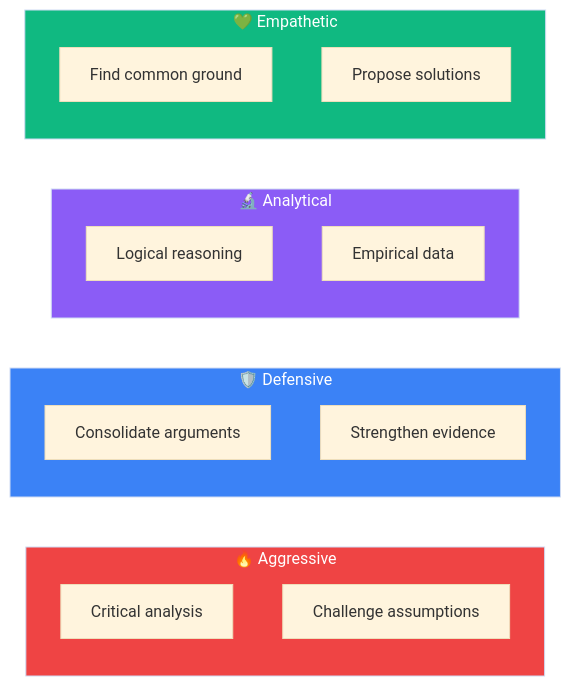
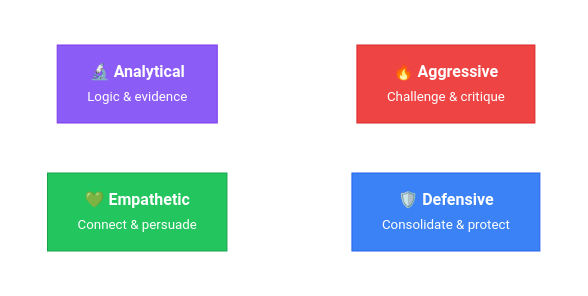
The third of 5 diagrams in README.md (AluminumShark/Social-Debate-AI), drawn with Mermaid before and after one commit. The commit also changed other lines of this file, not shown here.

First line of the commit message:
style(docs): redesign README Mermaid diagrams for better aesthetics

````diff
--- a/README.md
+++ b/README.md
@@ -170,28 +127,22 @@
 ```mermaid
 %%{init: {'theme': 'base'}}%%
-graph LR
-    subgraph S1["🔥 Aggressive"]
-        A1["Critical analysis"]
-        A2["Challenge assumptions"]
+graph TB
+    subgraph row1[" "]
+        direction LR
+        A["🔥 <b>Aggressive</b><br/><small>Challenge & critique</small>"]
+        B["🛡️ <b>Defensive</b><br/><small>Consolidate & protect</small>"]
     end
     
-    subgraph S2["🛡️ Defensive"]
-        B1["Consolidate arguments"]
-        B2["Strengthen evidence"]
-    end
-    
-    subgraph S3["🔬 Analytical"]
-        C1["Logical reasoning"]
-        C2["Empirical data"]
-    end
-    
-    subgraph S4["💚 Empathetic"]
-        D1["Find common ground"]
-        D2["Propose solutions"]
+    subgraph row2[" "]
+        direction LR
+        C["🔬 <b>Analytical</b><br/><small>Logic & evidence</small>"]
+        D["💚 <b>Empathetic</b><br/><small>Connect & persuade</small>"]
     end
 
-    style S1 fill:#ef4444,color:#fff
-    style S2 fill:#3b82f6,color:#fff
-    style S3 fill:#8b5cf6,color:#fff
-    style S4 fill:#10b981,color:#fff
+    style A fill:#ef4444,stroke:#dc2626,color:#fff
+    style B fill:#3b82f6,stroke:#2563eb,color:#fff
+    style C fill:#8b5cf6,stroke:#7c3aed,color:#fff
+    style D fill:#22c55e,stroke:#16a34a,color:#fff
+    style row1 fill:transparent,stroke:transparent
+    style row2 fill:transparent,stroke:transparent
 ```
````
